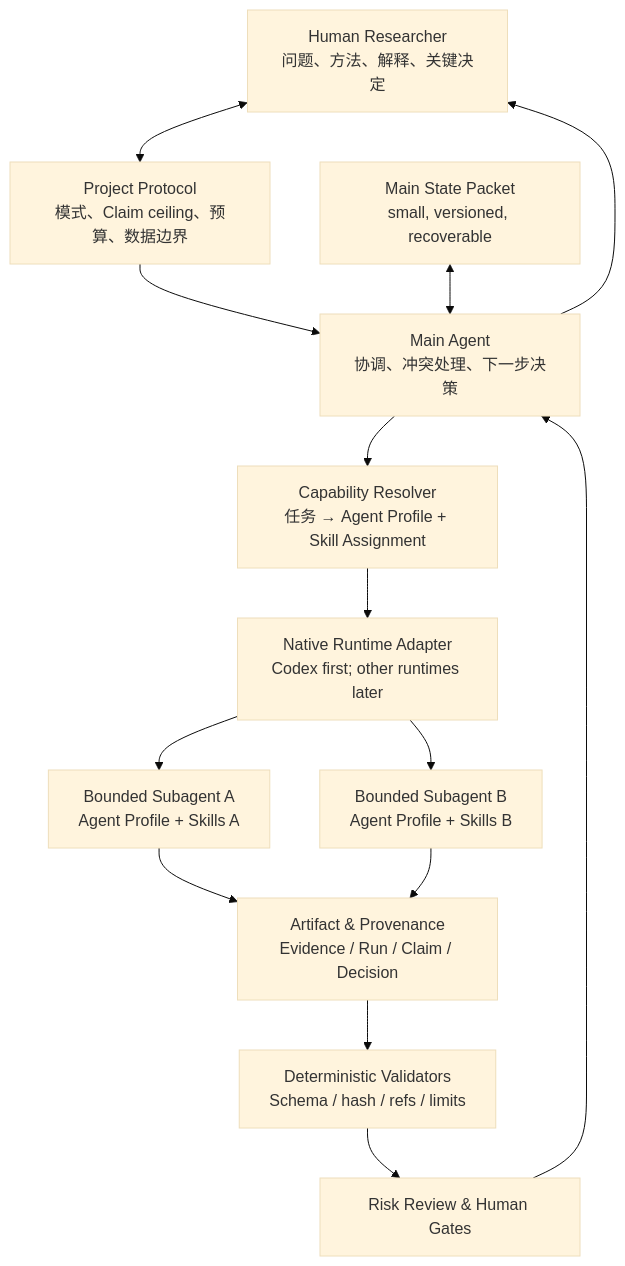
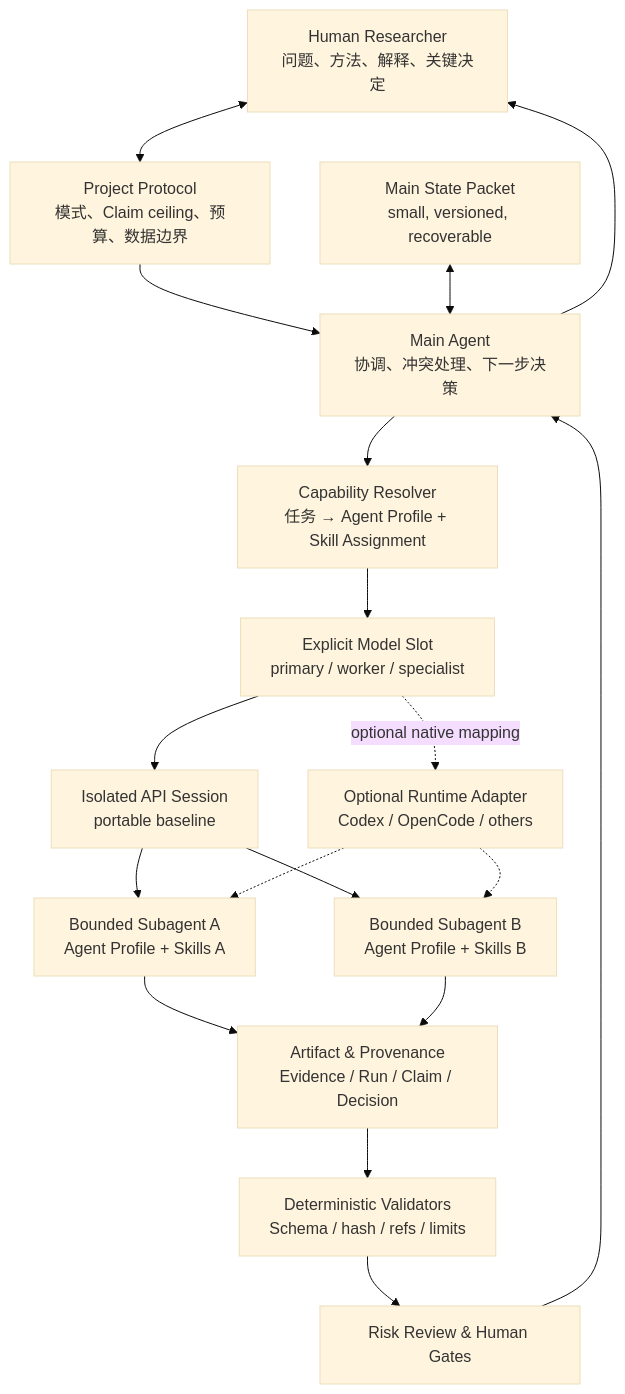
Before and after one commit to Chengyue-Lu/research-agent-workbench: the first of 2 diagrams in docs/ARCHITECTURE.md, drawn with Mermaid (base theme). The commit also changed other lines of this file and 34 other files, not shown here.

Commit message:
Make isolated API sessions the portable baseline

````diff
--- a/docs/ARCHITECTURE.md
+++ b/docs/ARCHITECTURE.md
@@ -45,28 +59,34 @@
 ```mermaid
 flowchart TB
     H["Human Researcher\n问题、方法、解释、关键决定"]
     PP["Project Protocol\n模式、Claim ceiling、预算、数据边界"]
     MA["Main Agent\n协调、冲突处理、下一步决策"]
     CR["Capability Resolver\n任务 → Agent Profile + Skill Assignment"]
-    RT["Native Runtime Adapter\nCodex first; other runtimes later"]
+    MB["Explicit Model Slot\nprimary / worker / specialist"]
+    API["Isolated API Session\nportable baseline"]
+    RT["Optional Runtime Adapter\nCodex / OpenCode / others"]
     SA1["Bounded Subagent A\nAgent Profile + Skills A"]
     SA2["Bounded Subagent B\nAgent Profile + Skills B"]
     AR["Artifact & Provenance\nEvidence / Run / Claim / Decision"]
     DV["Deterministic Validators\nSchema / hash / refs / limits"]
     RG["Risk Review & Human Gates"]
     MS["Main State Packet\nsmall, versioned, recoverable"]
 
     H <--> PP
     PP --> MA
     MS <--> MA
     MA --> CR
-    CR --> RT
-    RT --> SA1
-    RT --> SA2
+    CR --> MB
+    MB --> API
+    MB -.->|"optional native mapping"| RT
+    API --> SA1
+    API --> SA2
+    RT -.-> SA1
+    RT -.-> SA2
     SA1 --> AR
     SA2 --> AR
     AR --> DV
     DV --> RG
     RG --> MA
     MA --> H
 ```
````
